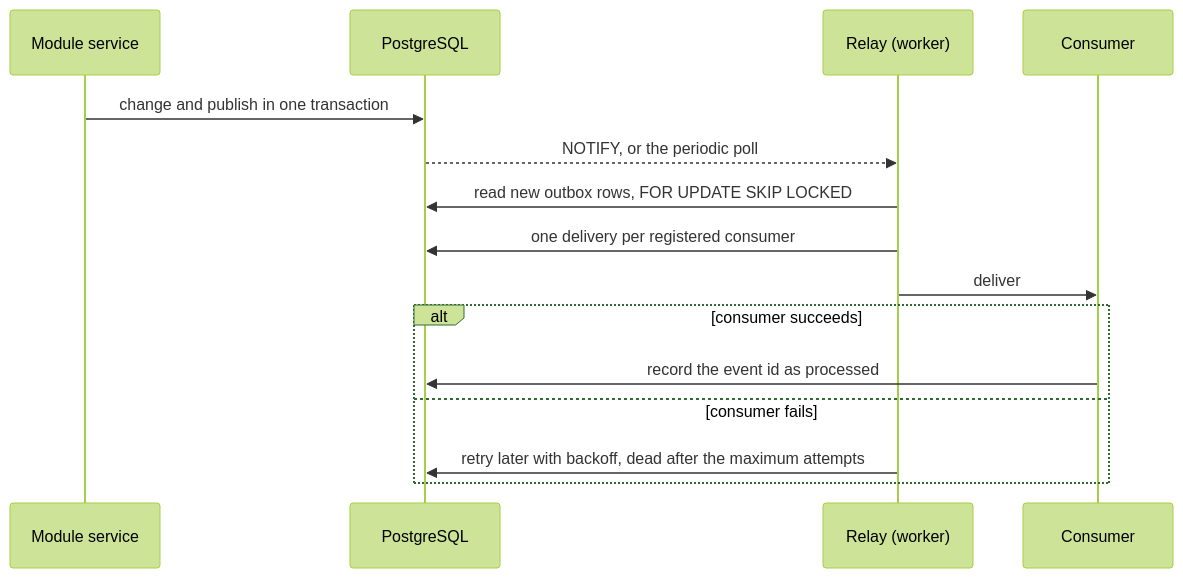
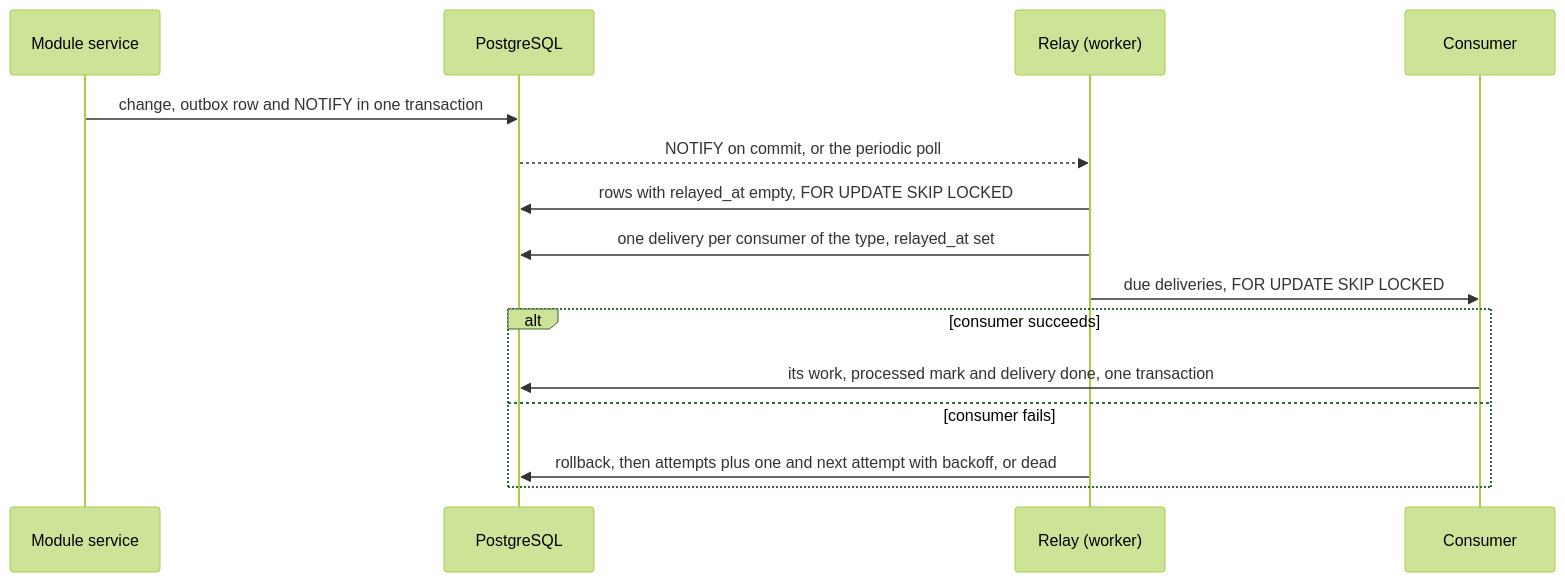
Before and after one commit to martinartaza/futbol-app-claude: the diagram in requirements/0002-backend-events.md, drawn with Mermaid (forest theme). The commit also changed other lines of this file and 42 other files, not shown here.

````diff
--- a/requirements/0002-backend-events.md
+++ b/requirements/0002-backend-events.md
@@ -48,17 +55,17 @@
 ```mermaid
 sequenceDiagram
     participant M as Module service
     participant DB as PostgreSQL
     participant R as Relay (worker)
     participant C as Consumer
-    M->>DB: change and publish in one transaction
-    DB-->>R: NOTIFY, or the periodic poll
-    R->>DB: read new outbox rows, FOR UPDATE SKIP LOCKED
-    R->>DB: one delivery per registered consumer
-    R->>C: deliver
+    M->>DB: change, outbox row and NOTIFY in one transaction
+    DB-->>R: NOTIFY on commit, or the periodic poll
+    R->>DB: rows with relayed_at empty, FOR UPDATE SKIP LOCKED
+    R->>DB: one delivery per consumer of the type, relayed_at set
+    R->>C: due deliveries, FOR UPDATE SKIP LOCKED
     alt consumer succeeds
-        C->>DB: record the event id as processed
+        C->>DB: its work, processed mark and delivery done, one transaction
     else consumer fails
-        R->>DB: retry later with backoff, dead after the maximum attempts
+        R->>DB: rollback, then attempts plus one and next attempt with backoff, or dead
     end
 ```
````
